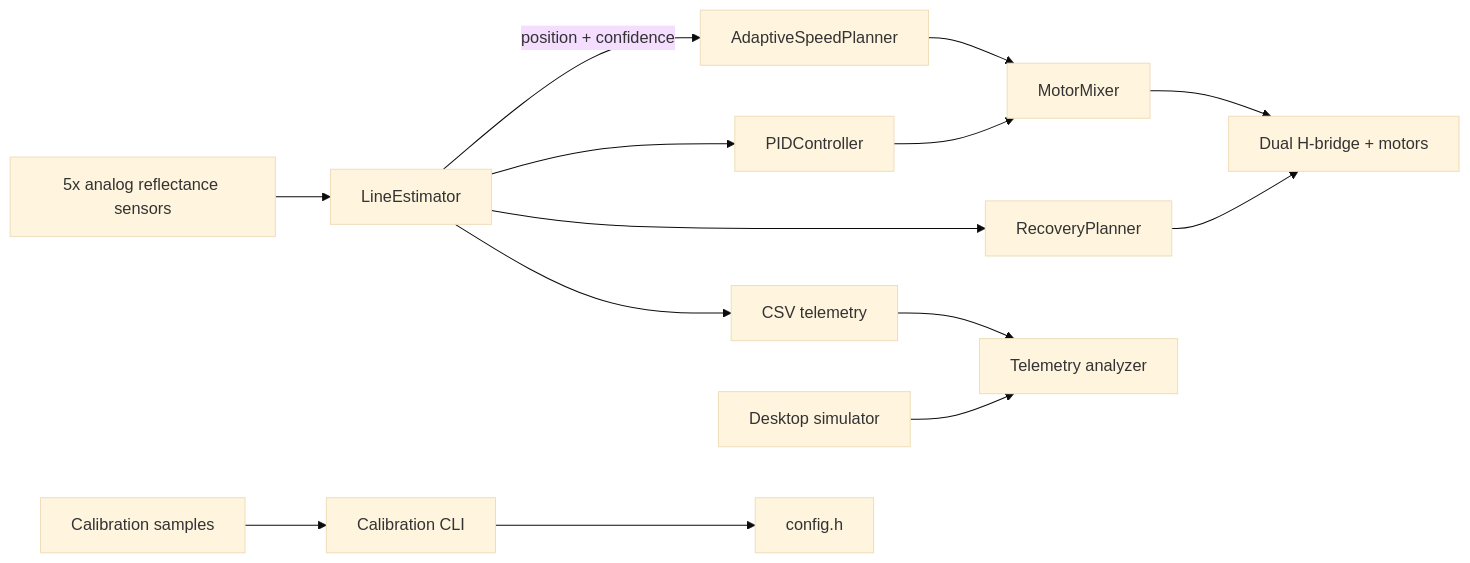
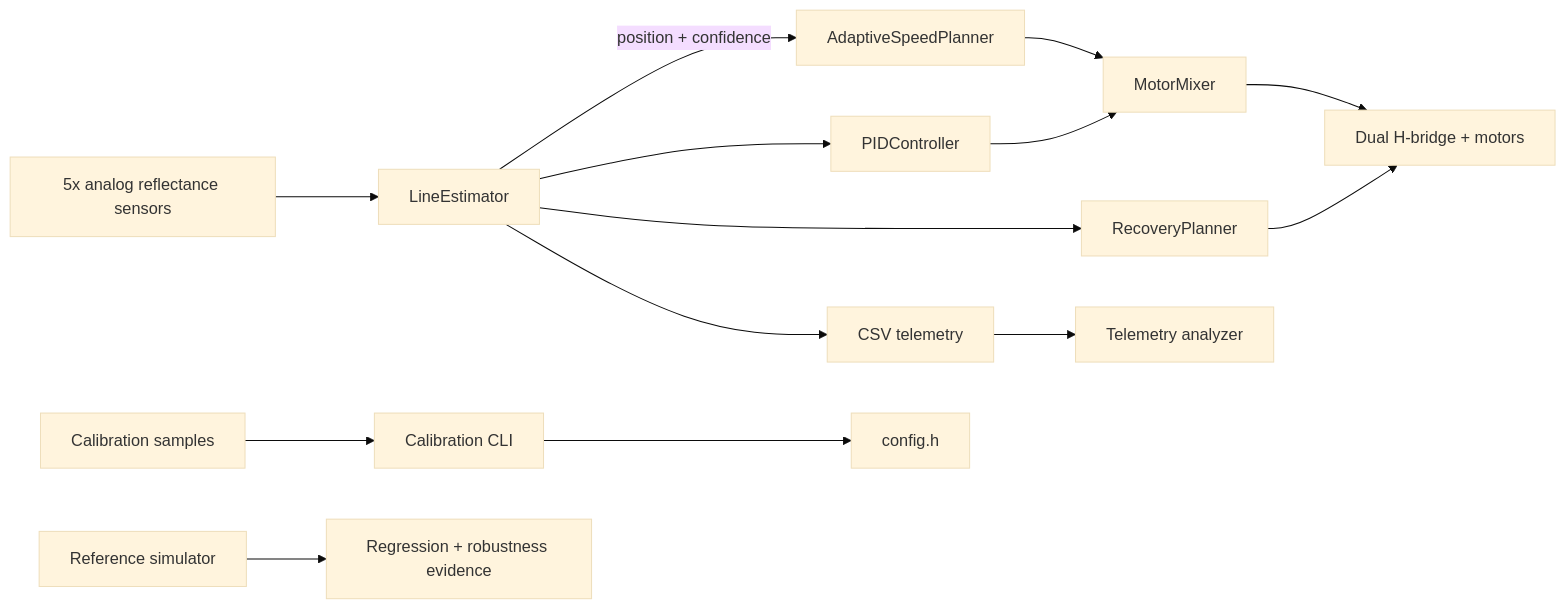
One commit to VivekVRobo/line-following-robot changed the diagram in README.md. Above: the diagram before and after it, drawn with Mermaid (base theme). The commit also changed other lines of this file, not shown here.

Commit message:
docs: document corrected simulator and robustness evidence

````diff
--- a/README.md
+++ b/README.md
@@ -28,16 +38,16 @@
 ```mermaid
 flowchart LR
     S[5x analog reflectance sensors] --> E[LineEstimator]
     E -->|position + confidence| P[AdaptiveSpeedPlanner]
     E --> C[PIDController]
     P --> M[MotorMixer]
     C --> M
     M --> D[Dual H-bridge + motors]
     E --> R[RecoveryPlanner]
     R --> D
     E --> T[CSV telemetry]
     T --> A[Telemetry analyzer]
     CAL[Calibration samples] --> CT[Calibration CLI]
     CT --> CFG[config.h]
-    SIM[Desktop simulator] --> A
+    SIM[Reference simulator] --> REG[Regression + robustness evidence]
 ```
````
